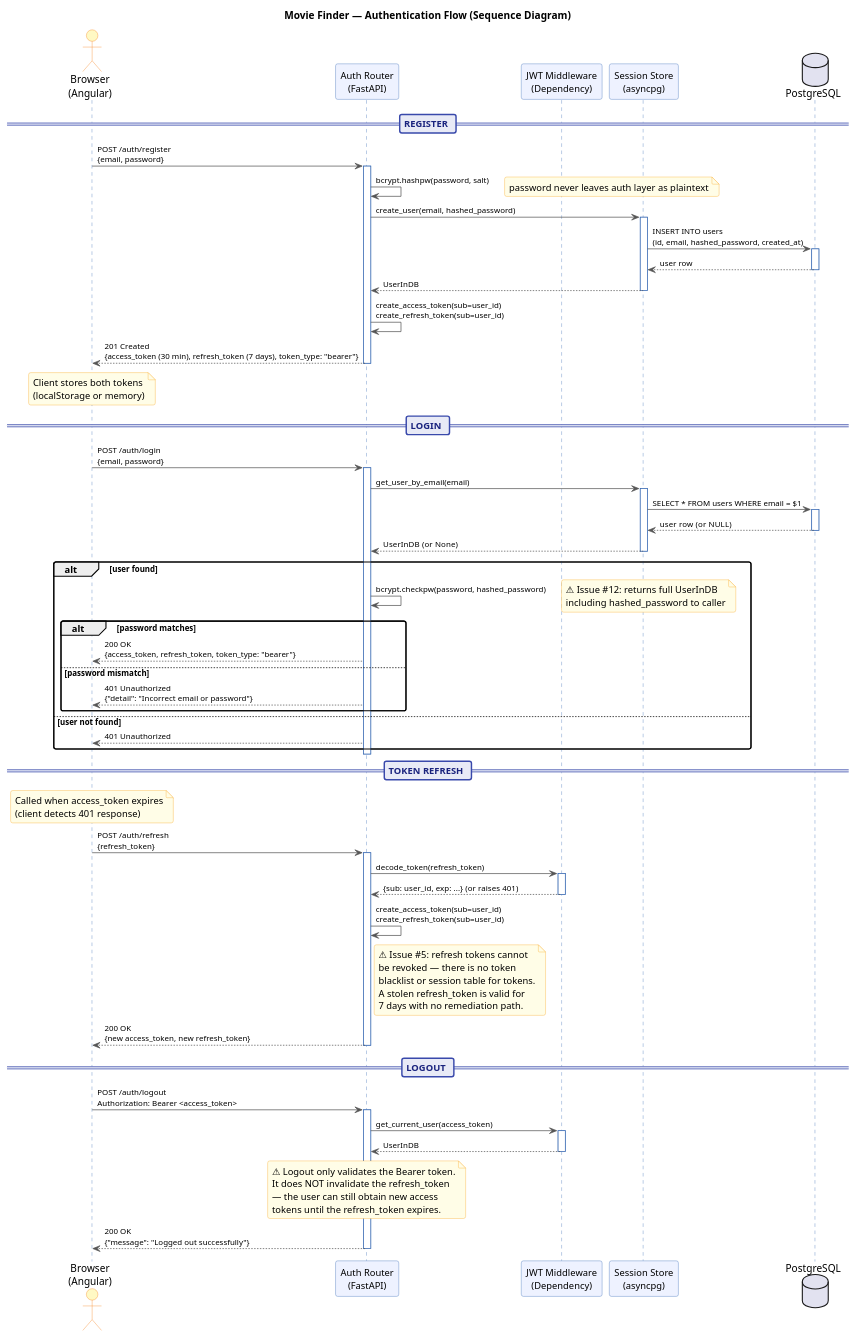
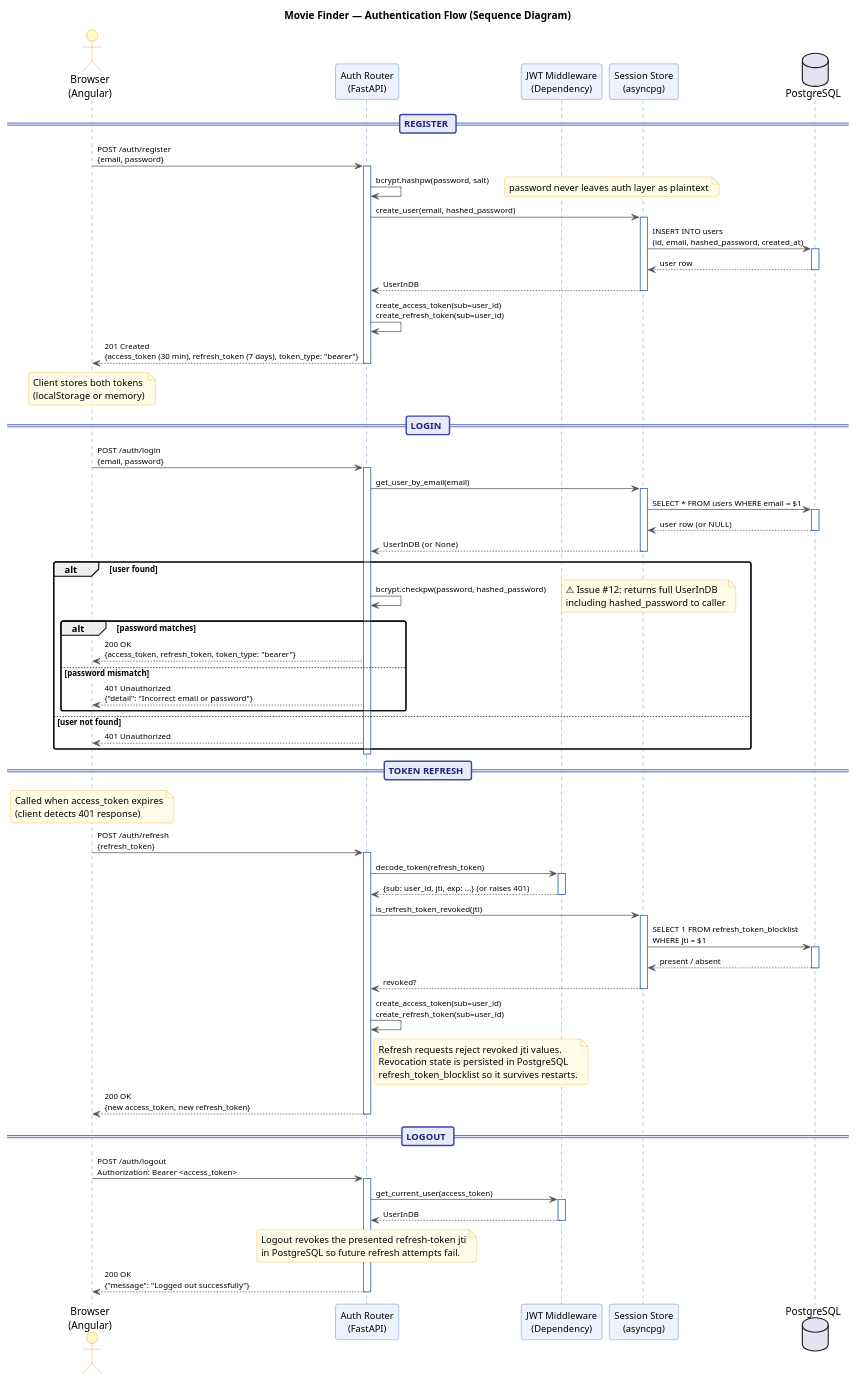
The diagram in architecture/plantuml/07-seq-authentication.puml (aharbii/movie-finder-docs), drawn with PlantUML before and after one commit. The commit also changed 15 other files, not shown here.

Commit message:
docs(architecture): align runtime contract docs

```diff
--- a/architecture/plantuml/07-seq-authentication.puml
+++ b/architecture/plantuml/07-seq-authentication.puml
@@ -1,142 +1,147 @@
 @startuml 07-seq-authentication
 title Movie Finder — Authentication Flow (Sequence Diagram)
 
 skinparam backgroundColor white
 skinparam roundcorner 6
 skinparam shadowing false
 skinparam sequenceArrowFontSize 11
 skinparam sequenceParticipantFontSize 13
 skinparam sequenceLifeLineBorderColor #3D6DB5
 skinparam sequenceParticipantBackgroundColor #EEF2FF
 skinparam sequenceParticipantBorderColor #3D6DB5
 skinparam sequenceActorBackgroundColor #FFF9C4
 skinparam sequenceActorBorderColor #F57F17
 skinparam sequenceDividerBackgroundColor #E8EAF6
 skinparam sequenceDividerBorderColor #3949AB
 skinparam sequenceDividerFontColor #1A237E
 skinparam NoteBackgroundColor #FFFDE7
 skinparam NoteBorderColor #F9A825
 skinparam ArrowColor #555555
 
 actor "Browser\n(Angular)" as browser
 participant "Auth Router\n(FastAPI)" as auth_router
 participant "JWT Middleware\n(Dependency)" as jwt_mw
 participant "Session Store\n(asyncpg)" as store
 database "PostgreSQL" as pg
 
 ' ═══════════════════════════════════════════════════════
 == REGISTER ==
 ' ═══════════════════════════════════════════════════════
 
 browser -> auth_router : POST /auth/register\n{email, password}
 activate auth_router
 
 auth_router -> auth_router : bcrypt.hashpw(password, salt)
 note right : password never leaves auth layer as plaintext
 
 auth_router -> store : create_user(email, hashed_password)
 activate store
 
 store -> pg : INSERT INTO users\n(id, email, hashed_password, created_at)
 activate pg
 pg --> store : user row
 deactivate pg
 
 store --> auth_router : UserInDB
 deactivate store
 
 auth_router -> auth_router : create_access_token(sub=user_id)\ncreate_refresh_token(sub=user_id)
 
 auth_router --> browser : 201 Created\n{access_token (30 min), refresh_token (7 days), token_type: "bearer"}
 deactivate auth_router
 
 note over browser
   Client stores both tokens
   (localStorage or memory)
 end note
 
 ' ═══════════════════════════════════════════════════════
 == LOGIN ==
 ' ═══════════════════════════════════════════════════════
 
 browser -> auth_router : POST /auth/login\n{email, password}
 activate auth_router
 
 auth_router -> store : get_user_by_email(email)
 activate store
 
 store -> pg : SELECT * FROM users WHERE email = $1
 activate pg
 pg --> store : user row  (or NULL)
 deactivate pg
 
 store --> auth_router : UserInDB  (or None)
 deactivate store
 
 alt user found
   auth_router -> auth_router : bcrypt.checkpw(password, hashed_password)
   note right : ⚠ Issue #12: returns full UserInDB\nincluding hashed_password to caller
 
   alt password matches
     auth_router --> browser : 200 OK\n{access_token, refresh_token, token_type: "bearer"}
   else password mismatch
     auth_router --> browser : 401 Unauthorized\n{"detail": "Incorrect email or password"}
   end
 else user not found
   auth_router --> browser : 401 Unauthorized
 end
 deactivate auth_router
 
 ' ═══════════════════════════════════════════════════════
 == TOKEN REFRESH ==
 ' ═══════════════════════════════════════════════════════
 
 note over browser
   Called when access_token expires
   (client detects 401 response)
 end note
 
 browser -> auth_router : POST /auth/refresh\n{refresh_token}
 activate auth_router
 
 auth_router -> jwt_mw : decode_token(refresh_token)
 activate jwt_mw
-jwt_mw --> auth_router : {sub: user_id, exp: ...}  (or raises 401)
+jwt_mw --> auth_router : {sub: user_id, jti, exp: ...}  (or raises 401)
 deactivate jwt_mw
+
+auth_router -> store : is_refresh_token_revoked(jti)
+activate store
+store -> pg : SELECT 1 FROM refresh_token_blocklist\nWHERE jti = $1
+activate pg
+pg --> store : present / absent
+deactivate pg
+store --> auth_router : revoked?
+deactivate store
 
 auth_router -> auth_router : create_access_token(sub=user_id)\ncreate_refresh_token(sub=user_id)
 
 note right of auth_router
-  ⚠ Issue #5: refresh tokens cannot
-  be revoked — there is no token
-  blacklist or session table for tokens.
-  A stolen refresh_token is valid for
-  7 days with no remediation path.
+  Refresh requests reject revoked jti values.
+  Revocation state is persisted in PostgreSQL
+  refresh_token_blocklist so it survives restarts.
 end note
 
 auth_router --> browser : 200 OK\n{new access_token, new refresh_token}
 deactivate auth_router
 
 ' ═══════════════════════════════════════════════════════
 == LOGOUT ==
 ' ═══════════════════════════════════════════════════════
 
 browser -> auth_router : POST /auth/logout\nAuthorization: Bearer <access_token>
 activate auth_router
 
 auth_router -> jwt_mw : get_current_user(access_token)
 activate jwt_mw
 jwt_mw --> auth_router : UserInDB
 deactivate jwt_mw
 
 note over auth_router
-  ⚠ Logout only validates the Bearer token.
-  It does NOT invalidate the refresh_token
-  — the user can still obtain new access
-  tokens until the refresh_token expires.
+  Logout revokes the presented refresh-token jti
+  in PostgreSQL so future refresh attempts fail.
 end note
 
 auth_router --> browser : 200 OK\n{"message": "Logged out successfully"}
 deactivate auth_router
 
 @enduml
```
